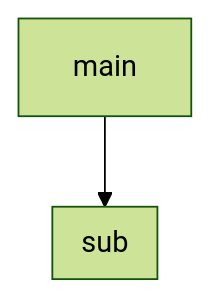
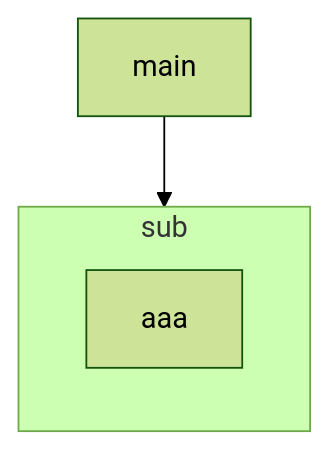
The first of 2 diagrams in README.md (CHAOSdonut/ReSpec-template-test), drawn with Mermaid (forest theme) before and after one commit.

````diff
--- a/README.md
+++ b/README.md
@@ -13,8 +13,8 @@
 ```mermaid
 graph TB
     main
     subgraph sub
-      
+        aaa  
     end
     main-->sub
 ```
````
